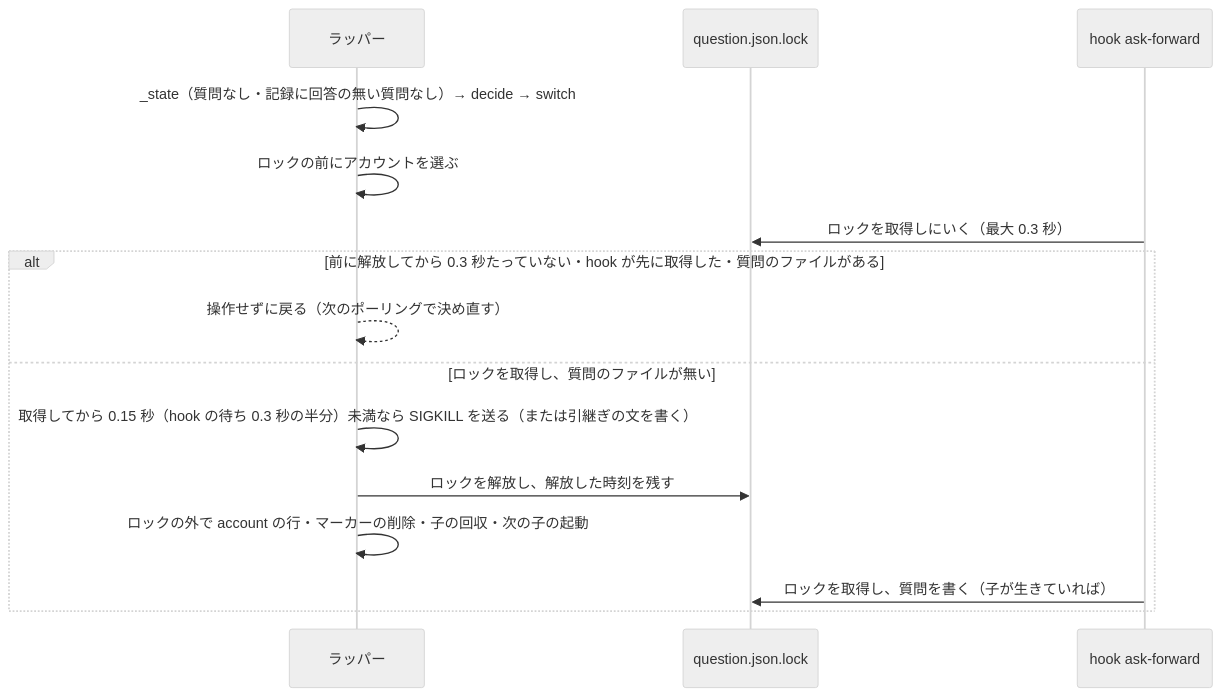
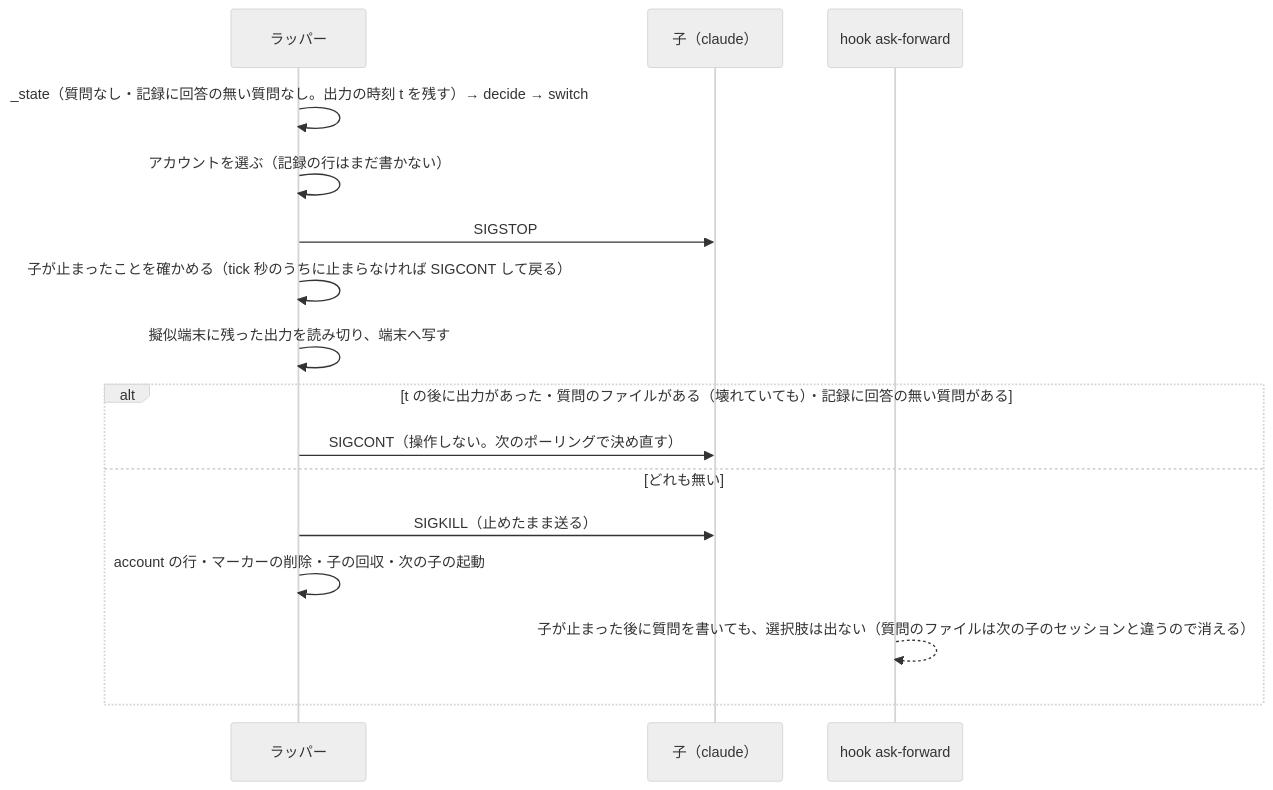
One commit to devbasex/ai-plugins changed the fourth of 4 diagrams in issues/issue-3814-design.md. Above: the diagram before and after it, drawn with Mermaid (neutral theme). The commit also changed other lines of this file and 2 other files, not shown here.

````diff
--- a/issues/issue-3814-design.md
+++ b/issues/issue-3814-design.md
@@ -120,17 +129,18 @@
 ```mermaid
 sequenceDiagram
   participant W as ラッパー
-  participant L as question.json.lock
+  participant C as 子（claude）
   participant H as hook ask-forward
-  W->>W: _state（質問なし・記録に回答の無い質問なし）→ decide → switch
-  W->>W: ロックの前にアカウントを選ぶ
-  H->>L: ロックを取得しにいく（最大 0.3 秒）
-  alt 前に解放してから 0.3 秒たっていない・hook が先に取得した・質問のファイルがある
-    W-->>W: 操作せずに戻る（次のポーリングで決め直す）
-  else ロックを取得し、質問のファイルが無い
-    W->>W: 取得してから 0.15 秒（hook の待ち 0.3 秒の半分）未満なら SIGKILL を送る（または引継ぎの文を書く）
-    W->>L: ロックを解放し、解放した時刻を残す
-    W->>W: ロックの外で account の行・マーカーの削除・子の回収・次の子の起動
-    H->>L: ロックを取得し、質問を書く（子が生きていれば）
+  W->>W: _state（質問なし・記録に回答の無い質問なし。出力の時刻 t を残す）→ decide → switch
+  W->>W: アカウントを選ぶ（記録の行はまだ書かない）
+  W->>C: SIGSTOP
+  W->>W: 子が止まったことを確かめる（tick 秒のうちに止まらなければ SIGCONT して戻る）
+  W->>W: 擬似端末に残った出力を読み切り、端末へ写す
+  alt t の後に出力があった・質問のファイルがある（壊れていても）・記録に回答の無い質問がある
+    W->>C: SIGCONT（操作しない。次のポーリングで決め直す）
+  else どれも無い
+    W->>C: SIGKILL（止めたまま送る）
+    W->>W: account の行・マーカーの削除・子の回収・次の子の起動
+    H-->>H: 子が止まった後に質問を書いても、選択肢は出ない（質問のファイルは次の子のセッションと違うので消える）
   end
 ```
````
